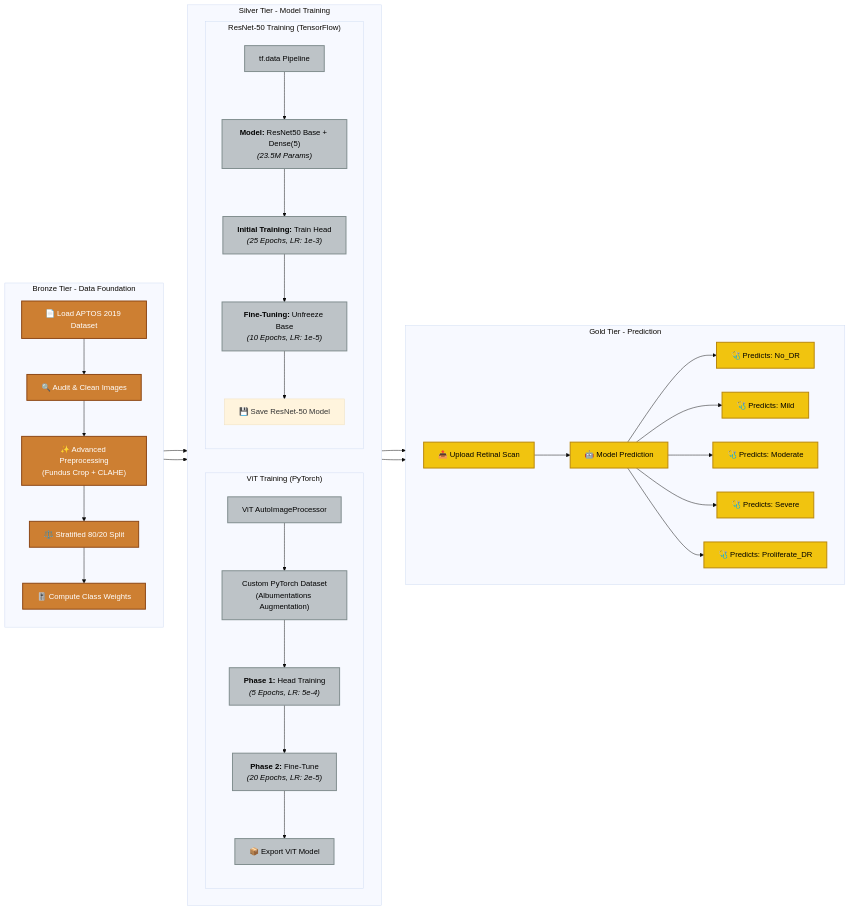
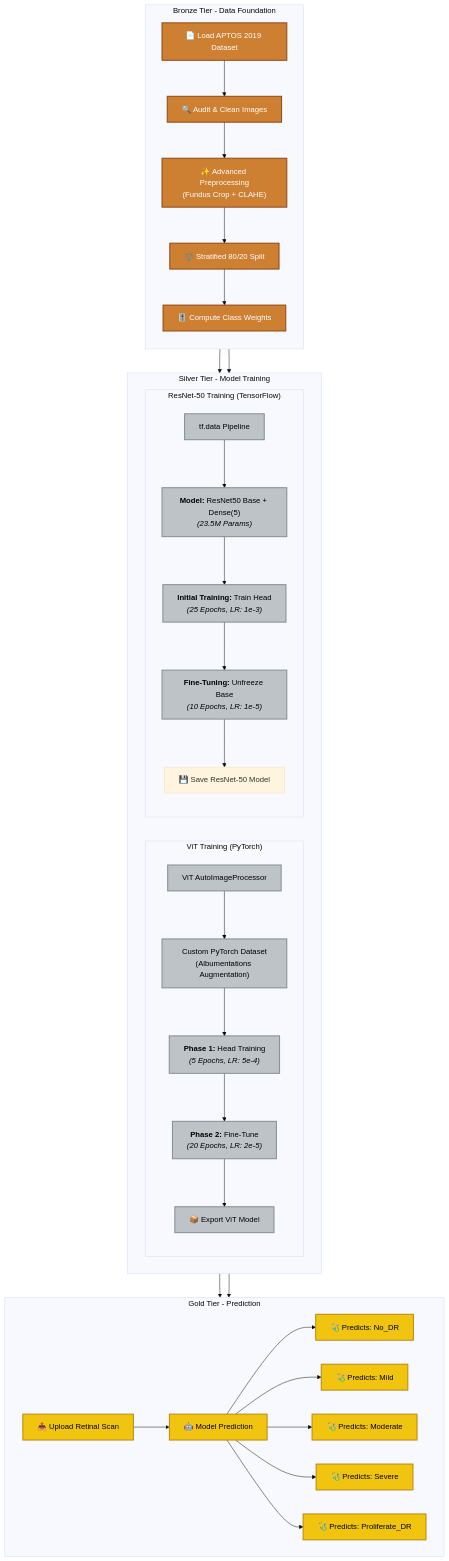
The diagram in README.md (Yeshwanth-git-tech/DiabeticRetinopathy-ViT-Resnet), drawn with Mermaid (base theme) before and after one commit.

Commit message:
Edit README-f

````diff
--- a/README.md
+++ b/README.md
@@ -7,56 +7,57 @@
 ```mermaid
- flowchart LR
-     %% --- Style Definitions (retained from before) ---
+ flowchart TB
+     %% --- Style Definitions ---
      classDef bronzeStyle fill:#cd7f32,stroke:#8B4513,stroke-width:2px,color:#ffffff
      classDef silverStyle fill:#bdc3c7,stroke:#7f8c8d,stroke-width:2px,color:#000000
      classDef goldStyle fill:#f1c40f,stroke:#b8860b,stroke-width:2px,color:#000000
  
-     %% --- (Bronze and Silver Tiers remain the same) ---
+     %% --- Bronze Tier ---
      subgraph Bronze Tier - Data Foundation
          direction TB
          A["📄 Load APTOS 2019 Dataset"] --> B["🔍 Audit & Clean Images"]
          B --> C["✨ Advanced Preprocessing<br/>(Fundus Crop + CLAHE)"]
          C --> D["⚖️ Stratified 80/20 Split"]
          D --> E["🎚️ Compute Class Weights"]
      end
      class A,B,C,D,E bronzeStyle
  
+     %% --- Silver Tier ---
      subgraph Silver Tier - Model Training
          direction LR
  
          subgraph "ViT Training (PyTorch)"
              direction TB
              G1["ViT AutoImageProcessor"] --> G2["Custom PyTorch Dataset<br/>(Albumentations Augmentation)"]
              G2 --> G3["<b>Phase 1:</b> Head Training<br/><i>(5 Epochs, LR: 5e-4)</i>"]
              G3 --> G4["<b>Phase 2:</b> Fine-Tune<br/><i>(20 Epochs, LR: 2e-5)</i>"]
              G4 --> G5["📦 Export ViT Model"]
          end
  
          subgraph "ResNet-50 Training (TensorFlow)"
              direction TB
              H1["tf.data Pipeline"] --> H2["<b>Model:</b> ResNet50 Base + Dense(5)<br/><i>(23.5M Params)</i>"]
              H2 --> H3["<b>Initial Training:</b> Train Head<br/><i>(25 Epochs, LR: 1e-3)</i>"]
              H3 --> H4["<b>Fine-Tuning:</b> Unfreeze Base<br/><i>(10 Epochs, LR: 1e-5)</i>"]
              H4 --> H5["💾 Save ResNet-50 Model"]
          end
      end
      class G1,G2,G3,G4,G5,H1,H2,H3,H4 silverStyle
  
-     %% --- GOLD TIER: Prediction ---
+     %% --- Gold Tier ---
      subgraph Gold Tier - Prediction
          direction LR
          I1["📤 Upload Retinal Scan"] --> I2["🤖 Model Prediction"]
          I2 --> I3["🩺 Predicts: No_DR"]
          I2 --> I4["🩺 Predicts: Mild"]
          I2 --> I5["🩺 Predicts: Moderate"]
          I2 --> I6["🩺 Predicts: Severe"]
          I2 --> I7["🩺 Predicts: Proliferate_DR"]
      end
      class I1,I2,I3,I4,I5,I6,I7 goldStyle
  
      %% --- Connections ---
      E --> G1
      E --> H1
      G5 --> I1
      H5 --> I1
- ```
+```
````
